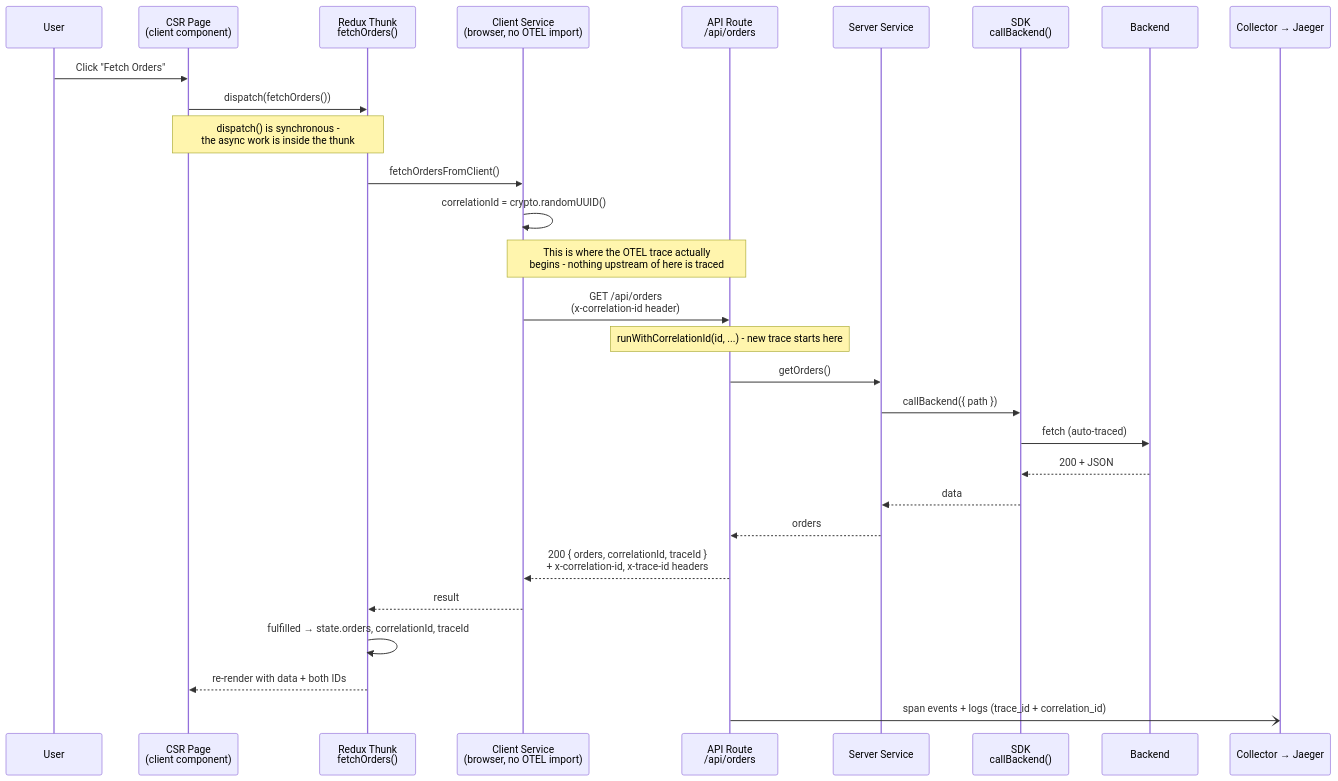
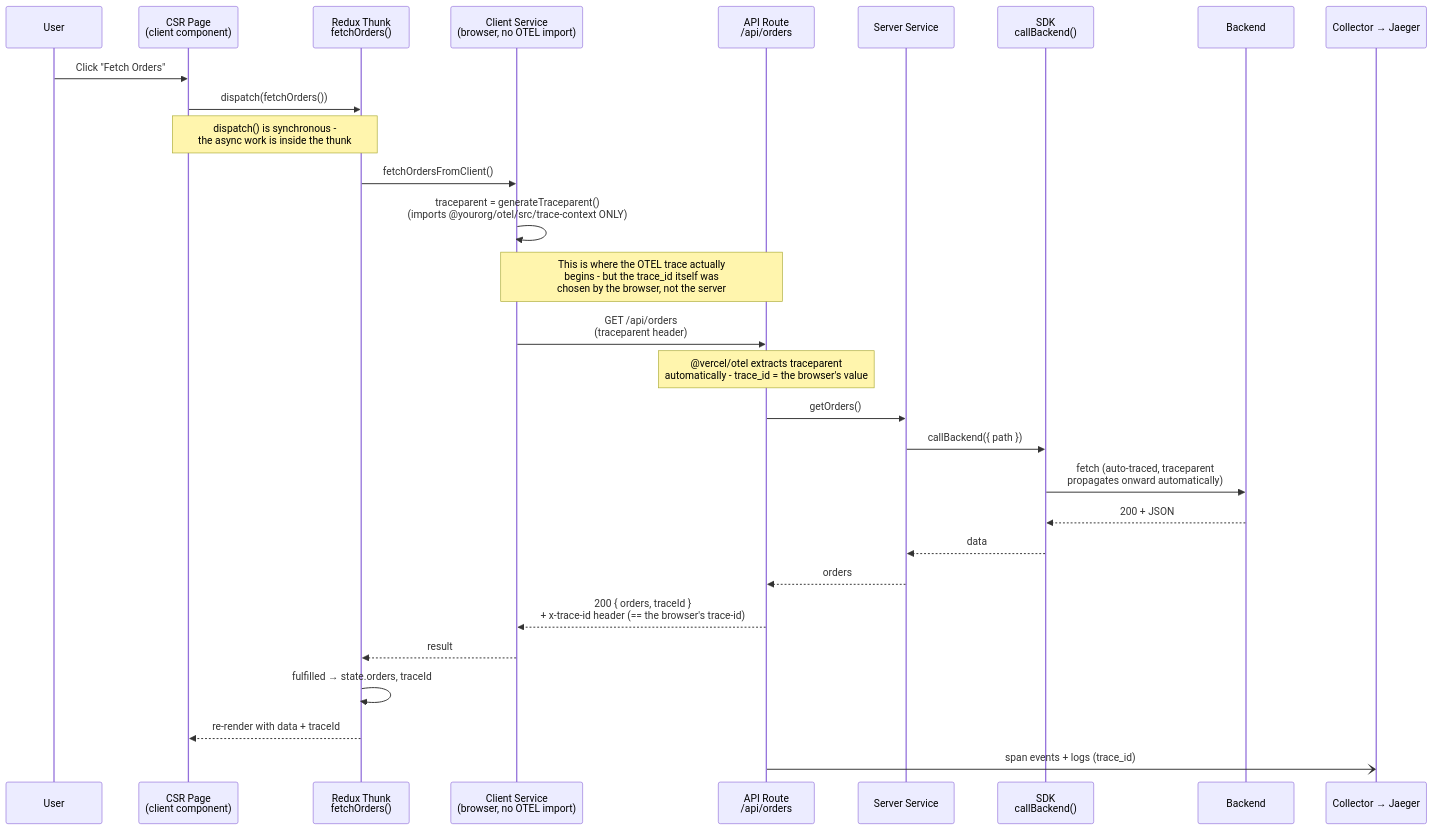
The third of 6 diagrams in ARCHITECTURE.md (kavinselvaraj/Next-OTEL), drawn with Mermaid before and after one commit. The commit also changed other lines of this file and 16 other files, not shown here.

````diff
--- a/ARCHITECTURE.md
+++ b/ARCHITECTURE.md
@@ -120,36 +194,36 @@
 ```mermaid
 sequenceDiagram
     participant U as User
     participant Page as CSR Page<br/>(client component)
     participant Thunk as Redux Thunk<br/>fetchOrders()
     participant CS as Client Service<br/>(browser, no OTEL import)
     participant API as API Route<br/>/api/orders
     participant SVC as Server Service
     participant SDK as SDK<br/>callBackend()
     participant BE as Backend
     participant OTEL as Collector → Jaeger
 
     U->>Page: Click "Fetch Orders"
     Page->>Thunk: dispatch(fetchOrders())
     Note over Page,Thunk: dispatch() is synchronous -<br/>the async work is inside the thunk
     Thunk->>CS: fetchOrdersFromClient()
-    CS->>CS: correlationId = crypto.randomUUID()
+    CS->>CS: traceparent = generateTraceparent()<br/>(imports @yourorg/otel/src/trace-context ONLY)
 
-    Note over CS,API: This is where the OTEL trace actually<br/>begins - nothing upstream of here is traced
-    CS->>API: GET /api/orders<br/>(x-correlation-id header)
+    Note over CS,API: This is where the OTEL trace actually<br/>begins - but the trace_id itself was<br/>chosen by the browser, not the server
+    CS->>API: GET /api/orders<br/>(traceparent header)
 
-    Note over API: runWithCorrelationId(id, ...) - new trace starts here
+    Note over API: @vercel/otel extracts traceparent<br/>automatically - trace_id = the browser's value
     API->>SVC: getOrders()
     SVC->>SDK: callBackend({ path })
-    SDK->>BE: fetch (auto-traced)
+    SDK->>BE: fetch (auto-traced, traceparent<br/>propagates onward automatically)
     BE-->>SDK: 200 + JSON
     SDK-->>SVC: data
     SVC-->>API: orders
 
-    API-->>CS: 200 { orders, correlationId, traceId }<br/>+ x-correlation-id, x-trace-id headers
+    API-->>CS: 200 { orders, traceId }<br/>+ x-trace-id header (== the browser's trace-id)
     CS-->>Thunk: result
-    Thunk->>Thunk: fulfilled → state.orders, correlationId, traceId
-    Thunk-->>Page: re-render with data + both IDs
+    Thunk->>Thunk: fulfilled → state.orders, traceId
+    Thunk-->>Page: re-render with data + traceId
 
-    API-)OTEL: span events + logs (trace_id + correlation_id)
+    API-)OTEL: span events + logs (trace_id)
 ```
````
